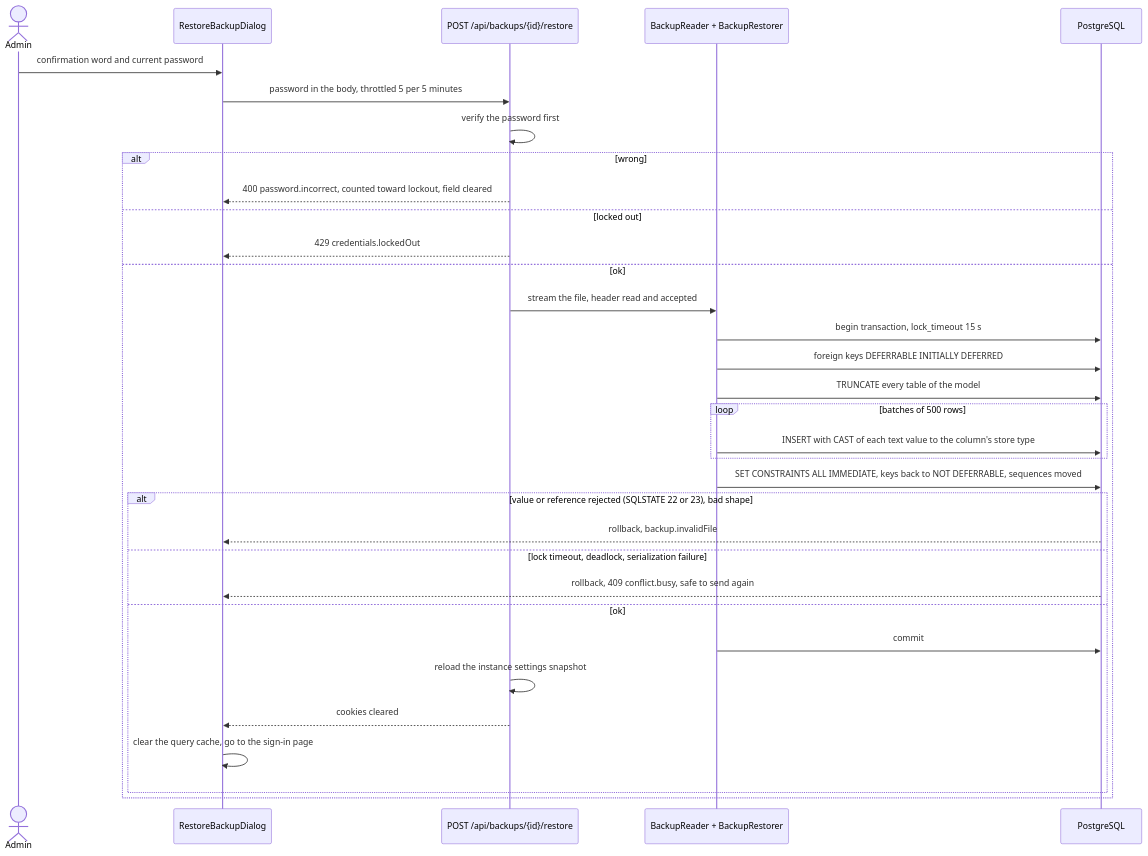
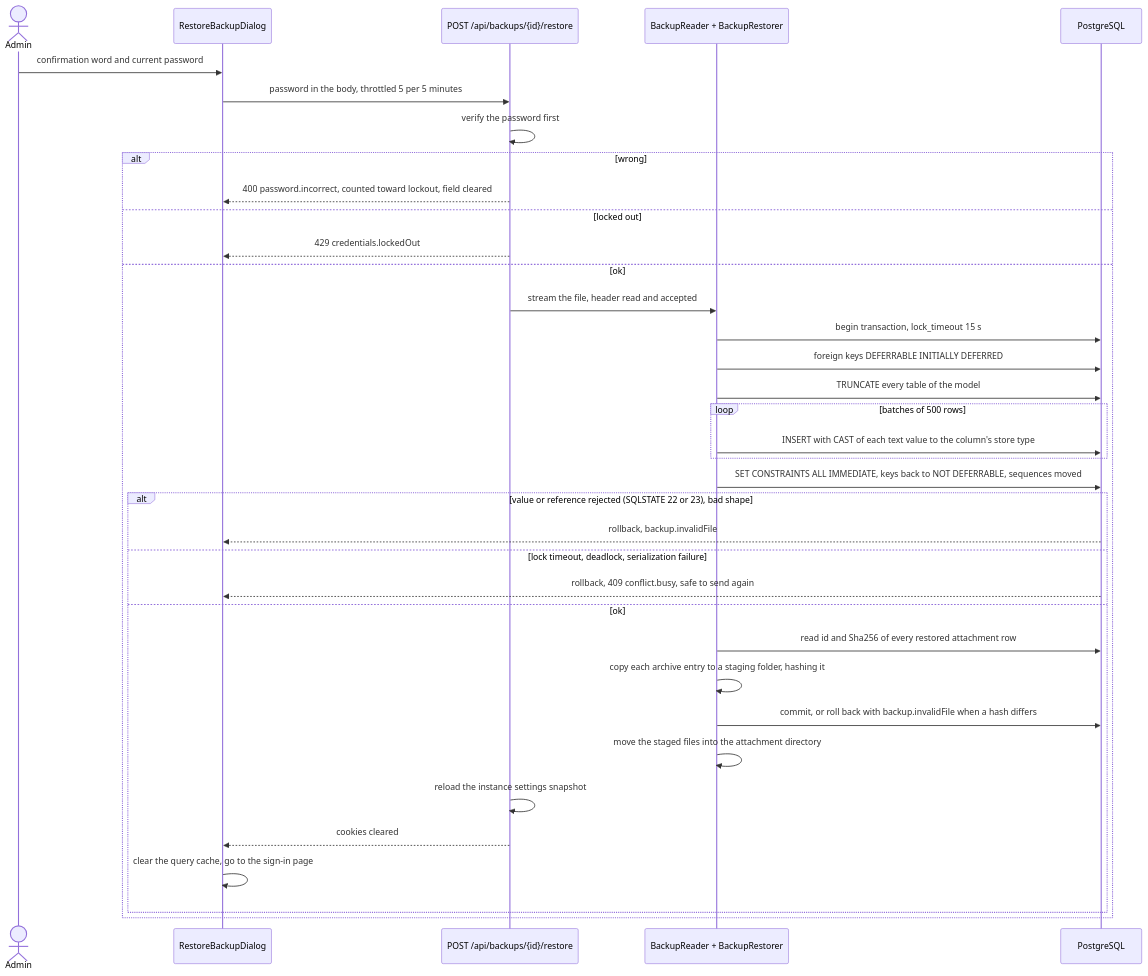
The second of 2 diagrams in docs/features/22. Backup and restore.md (Justxs/Jx-Finance), drawn with Mermaid before and after one commit. The commit also changed other lines of this file and 133 other files, not shown here.

````diff
--- a/docs/features/22. Backup and restore.md
+++ b/docs/features/22. Backup and restore.md
@@ -25,35 +28,38 @@
 ```mermaid
 sequenceDiagram
     actor Admin
     participant Dlg as RestoreBackupDialog
     participant Api as POST /api/backups/{id}/restore
     participant Rd as BackupReader + BackupRestorer
     participant Db as PostgreSQL
     Admin->>Dlg: confirmation word and current password
     Dlg->>Api: password in the body, throttled 5 per 5 minutes
     Api->>Api: verify the password first
     alt wrong
         Api-->>Dlg: 400 password.incorrect, counted toward lockout, field cleared
     else locked out
         Api-->>Dlg: 429 credentials.lockedOut
     else ok
         Api->>Rd: stream the file, header read and accepted
         Rd->>Db: begin transaction, lock_timeout 15 s
         Rd->>Db: foreign keys DEFERRABLE INITIALLY DEFERRED
         Rd->>Db: TRUNCATE every table of the model
         loop batches of 500 rows
             Rd->>Db: INSERT with CAST of each text value to the column's store type
         end
         Rd->>Db: SET CONSTRAINTS ALL IMMEDIATE, keys back to NOT DEFERRABLE, sequences moved
         alt value or reference rejected (SQLSTATE 22 or 23), bad shape
             Db-->>Dlg: rollback, backup.invalidFile
         else lock timeout, deadlock, serialization failure
             Db-->>Dlg: rollback, 409 conflict.busy, safe to send again
         else ok
-            Rd->>Db: commit
+            Rd->>Db: read id and Sha256 of every restored attachment row
+            Rd->>Rd: copy each archive entry to a staging folder, hashing it
+            Rd->>Db: commit, or roll back with backup.invalidFile when a hash differs
+            Rd->>Rd: move the staged files into the attachment directory
             Api->>Api: reload the instance settings snapshot
             Api-->>Dlg: cookies cleared
             Dlg->>Dlg: clear the query cache, go to the sign-in page
         end
     end
 ```
````
